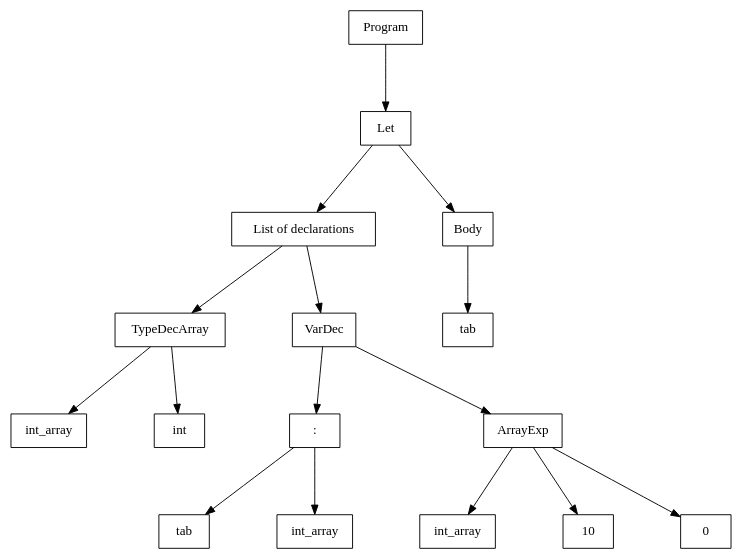
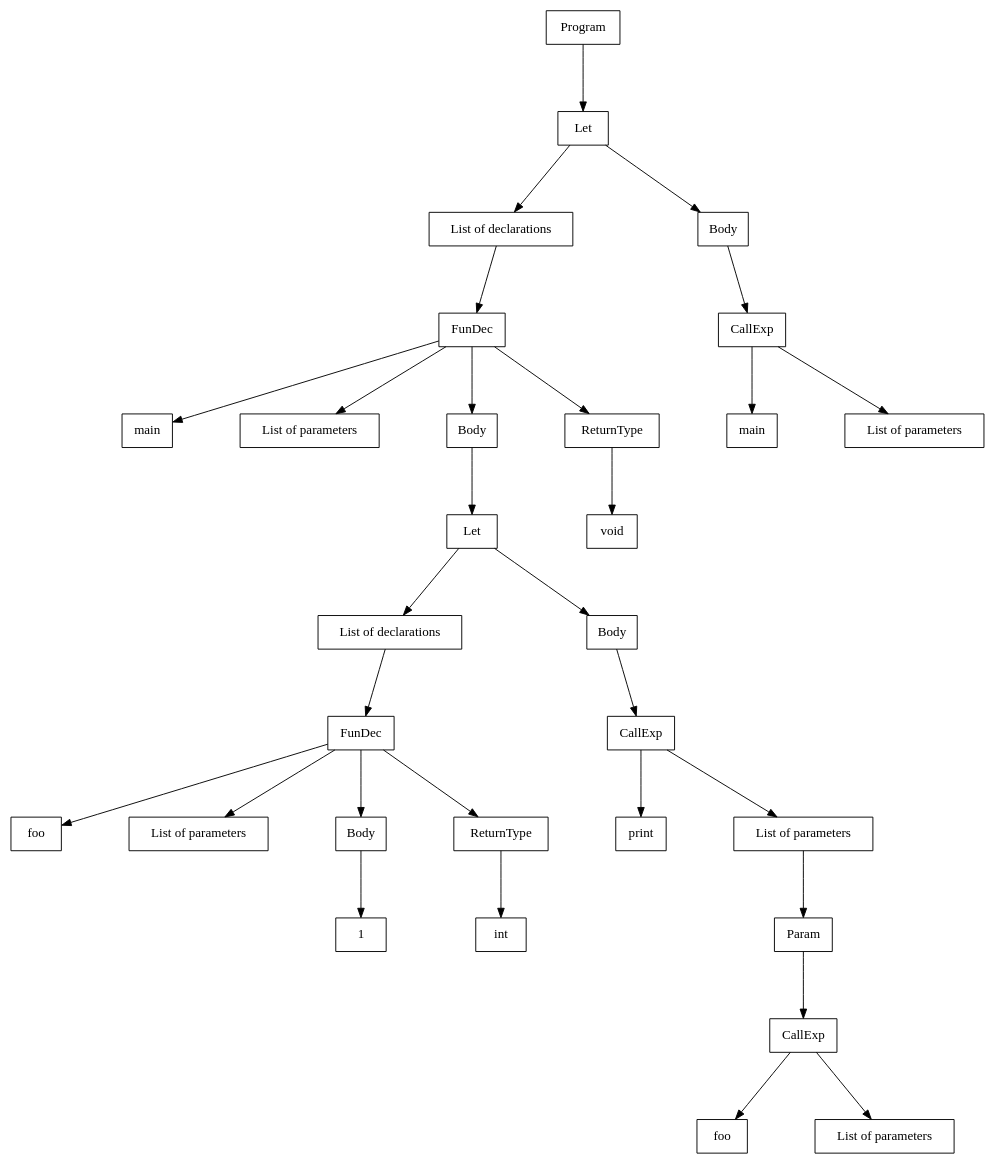
One commit to BigBaz54/Tiger_compiler changed the diagram in out/tree.dot. Above: the diagram before and after it, drawn with Graphviz. The commit also changed 5 other files, not shown here.

Commit message:
[+] Update du funDec dans le Let

```diff
--- a/out/tree.dot
+++ b/out/tree.dot
@@ -1,38 +1,66 @@
 digraph "ast"{
 
 	nodesep=1;
 	ranksep=1;
 
 	N1 [label="Let", shape="box"];
 	N2 [label="List of declarations", shape="box"];
-	N3 [label="TypeDecArray", shape="box"];
-	N4 [label="int_array", shape="box"];
-	N5 [label="int", shape="box"];
-	N6 [label="VarDec", shape="box"];
-	N7 [label=":", shape="box"];
-	N8 [label="tab", shape="box"];
-	N9 [label="int_array", shape="box"];
-	N10 [label="ArrayExp", shape="box"];
-	N11 [label="int_array", shape="box"];
-	N12 [label="10", shape="box"];
-	N13 [label="0", shape="box"];
-	N14 [label="Body", shape="box"];
-	N15 [label="tab", shape="box"];
+	N3 [label="FunDec", shape="box"];
+	N4 [label="main", shape="box"];
+	N5 [label="List of parameters", shape="box"];
+	N6 [label="Body", shape="box"];
+	N7 [label="Let", shape="box"];
+	N8 [label="List of declarations", shape="box"];
+	N9 [label="FunDec", shape="box"];
+	N10 [label="foo", shape="box"];
+	N11 [label="List of parameters", shape="box"];
+	N12 [label="Body", shape="box"];
+	N13 [label="1", shape="box"];
+	N14 [label="ReturnType", shape="box"];
+	N15 [label="int", shape="box"];
+	N16 [label="Body", shape="box"];
+	N17 [label="CallExp", shape="box"];
+	N18 [label="print", shape="box"];
+	N19 [label="List of parameters", shape="box"];
+	N20 [label="CallExp", shape="box"];
+	N21 [label="foo", shape="box"];
+	N22 [label="List of parameters", shape="box"];
+	N23 [label="Param", shape="box"];
+	N24 [label="ReturnType", shape="box"];
+	N25 [label="void", shape="box"];
+	N26 [label="Body", shape="box"];
+	N27 [label="CallExp", shape="box"];
+	N28 [label="main", shape="box"];
+	N29 [label="List of parameters", shape="box"];
 	N0 [label="Program", shape="box"];
 
 	N1 -> N2; 
+	N7 -> N8; 
+	N9 -> N10; 
+	N9 -> N11; 
+	N9 -> N12; 
+	N12 -> N13; 
+	N9 -> N14; 
+	N14 -> N15; 
+	N8 -> N9; 
+	N7 -> N16; 
+	N17 -> N18; 
+	N20 -> N21; 
+	N20 -> N22; 
+	N23 -> N20; 
+	N19 -> N23; 
+	N17 -> N19; 
+	N16 -> N17; 
 	N3 -> N4; 
 	N3 -> N5; 
+	N3 -> N6; 
+	N6 -> N7; 
+	N3 -> N24; 
+	N24 -> N25; 
 	N2 -> N3; 
-	N7 -> N8; 
-	N7 -> N9; 
-	N10 -> N11; 
-	N10 -> N12; 
-	N10 -> N13; 
-	N6 -> N7; 
-	N6 -> N10; 
-	N2 -> N6; 
-	N1 -> N14; 
-	N14 -> N15; 
+	N1 -> N26; 
+	N27 -> N28; 
+	N27 -> N29; 
+	N26 -> N27; 
 	N0 -> N1; 
 }
```
